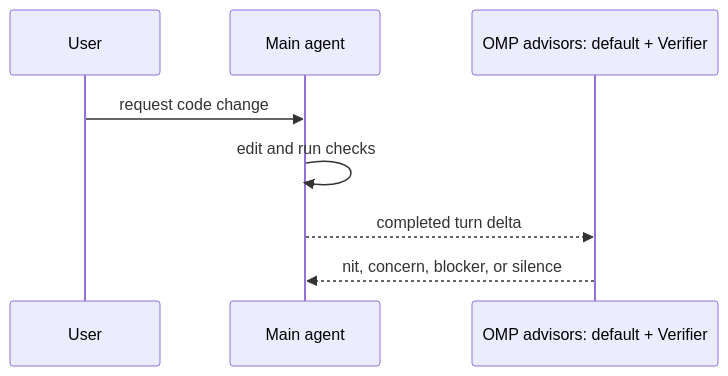
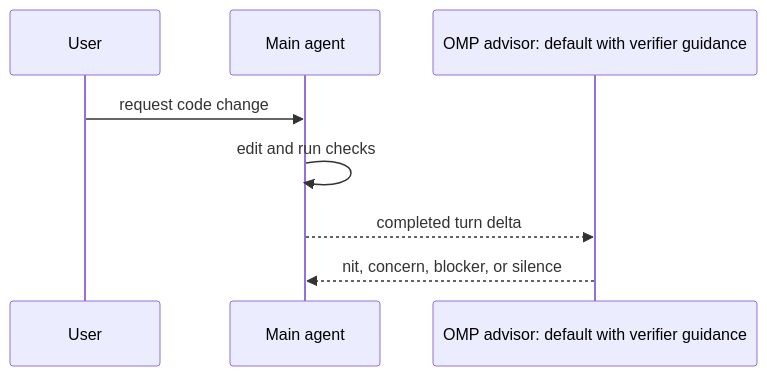
One commit to klondikemarlen/omp-verifier changed the diagram in CONCEPTS.md. Above: the diagram before and after it, drawn with Mermaid. The commit also changed other lines of this file and 2 other files, not shown here.

Commit message:
:memo: Align verifier concept documentation.

````diff
--- a/CONCEPTS.md
+++ b/CONCEPTS.md
@@ -19,11 +19,11 @@
 ```mermaid
 sequenceDiagram
   participant User
   participant Main as Main agent
-  participant Advisor as OMP advisors: default + Verifier
+  participant Advisor as OMP advisor: default with verifier guidance
 
   User->>Main: request code change
   Main->>Main: edit and run checks
   Main-->>Advisor: completed turn delta
   Advisor-->>Main: nit, concern, blocker, or silence
 ```
````
